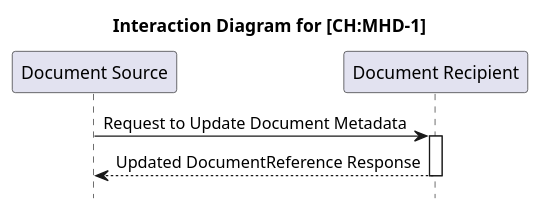
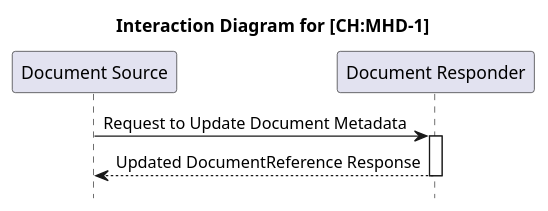
The diagram in input/images-source/MHD_ActorDiagram_CH-1.plantuml (ehealthsuisse/ch-epr-fhir), drawn with PlantUML before and after one commit. The commit also changed 7 other files, not shown here.

```diff
--- a/input/images-source/MHD_ActorDiagram_CH-1.plantuml
+++ b/input/images-source/MHD_ActorDiagram_CH-1.plantuml
@@ -1,14 +1,14 @@
 @startuml
 
 title Interaction Diagram for [CH:MHD-1]
 
 hide footbox
 autoactivate on
 
 participant "Document Source" as DocumentSource
-participant "Document Recipient" as DocumentRecipient
+participant "Document Responder" as DocumentResponder
 
-"DocumentSource" -> "DocumentRecipient" : Request to Update Document Metadata
-"DocumentRecipient" --> "DocumentSource" : Updated DocumentReference Response
+"DocumentSource" -> "DocumentResponder" : Request to Update Document Metadata
+"DocumentResponder" --> "DocumentSource" : Updated DocumentReference Response
 
 @enduml 
```
